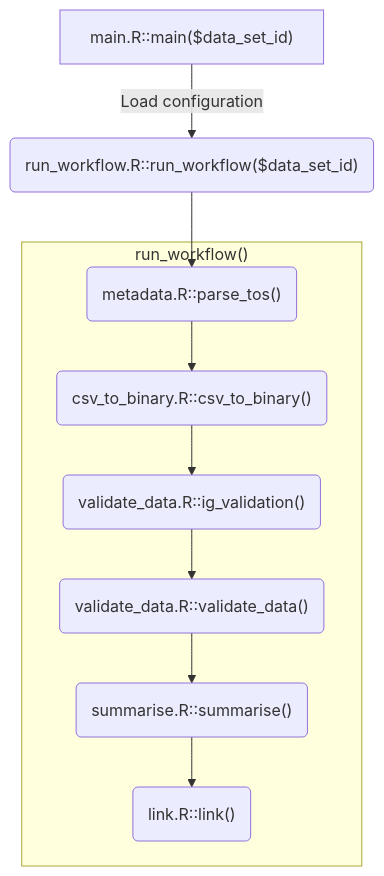
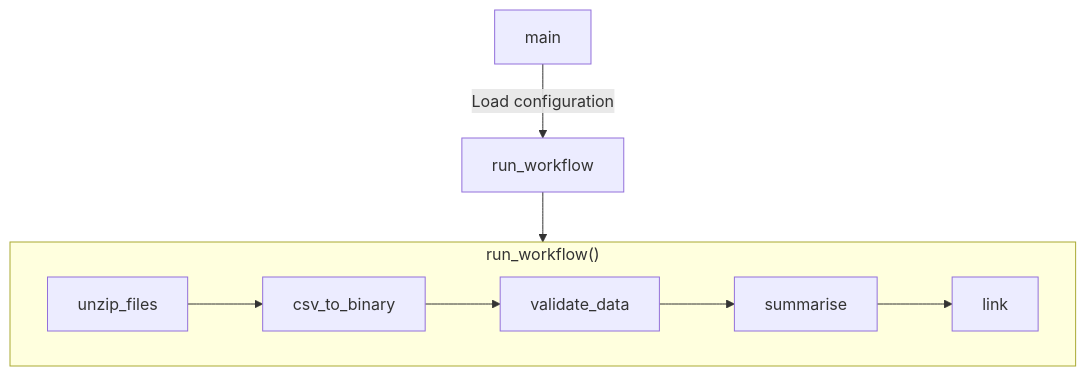
One commit to CUREd-Plus/cuRed changed the diagram in R/README.md. Above: the diagram before and after it, drawn with Mermaid. The commit also changed 4 other files, not shown here.

````diff
--- a/R/README.md
+++ b/R/README.md
@@ -9,12 +9,11 @@
 ```mermaid
 flowchart TD
-  main["main.R::main($data_set_id)"] -->|"Load configuration"| run_workflow("run_workflow.R::run_workflow($data_set_id)")
-  run_workflow --> parse_tos("metadata.R::parse_tos()")
+  main -- "Load configuration" --> run_workflow
+  run_workflow --> workflow
     subgraph workflow ["run_workflow()"]
-      parse_tos --> csv_to_binary("csv_to_binary.R::csv_to_binary()")
-      csv_to_binary --> ig_validation("validate_data.R::ig_validation()")
-      ig_validation --> validate_data("validate_data.R::validate_data()")
-      validate_data --> summarise("summarise.R::summarise()")
-      summarise --> link("link.R::link()")
+      unzip_files --> csv_to_binary
+      csv_to_binary --> validate_data
+      validate_data --> summarise
+      summarise --> link
     end
 ```
````
